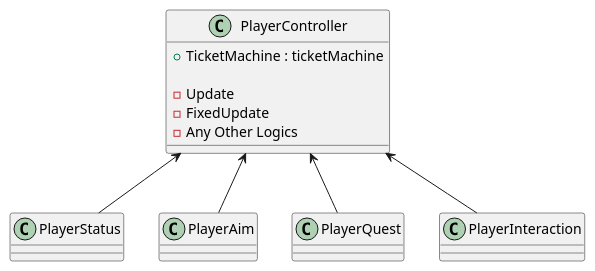
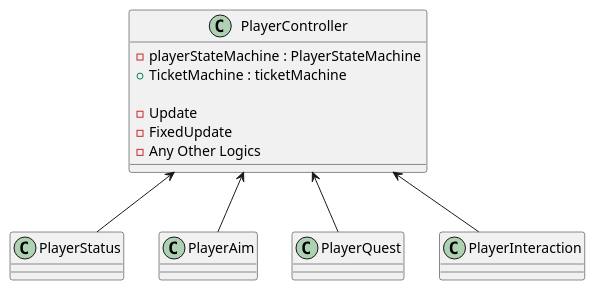
The first of 5 diagrams in UML/Player/Player.puml (Jeongmin94/Ellie), drawn with PlantUML before and after one commit. The commit also changed other lines of this file and 4 other files, not shown here.

Commit message:
feat: UML 작업 및 shooter 이벤트 플레이어 awake에서 구독

```diff
--- a/UML/Player/Player.puml
+++ b/UML/Player/Player.puml
@@ -1,16 +1,17 @@
 @startuml
 
 class PlayerController{
+    - playerStateMachine : PlayerStateMachine
     + TicketMachine : ticketMachine
 
     - Update
     - FixedUpdate
     - Any Other Logics
 }
 
 PlayerController <-down- PlayerStatus
 PlayerController <-down- PlayerAim
 PlayerController <-down- PlayerQuest
 PlayerController <-down- PlayerInteraction
 
 @enduml
```
